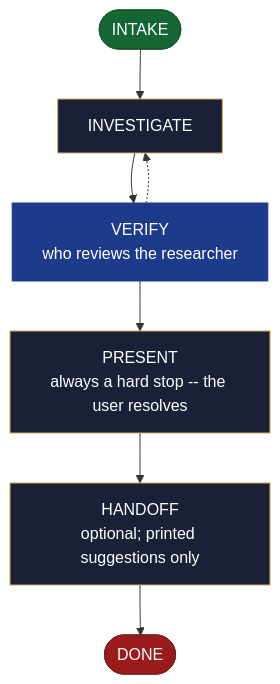
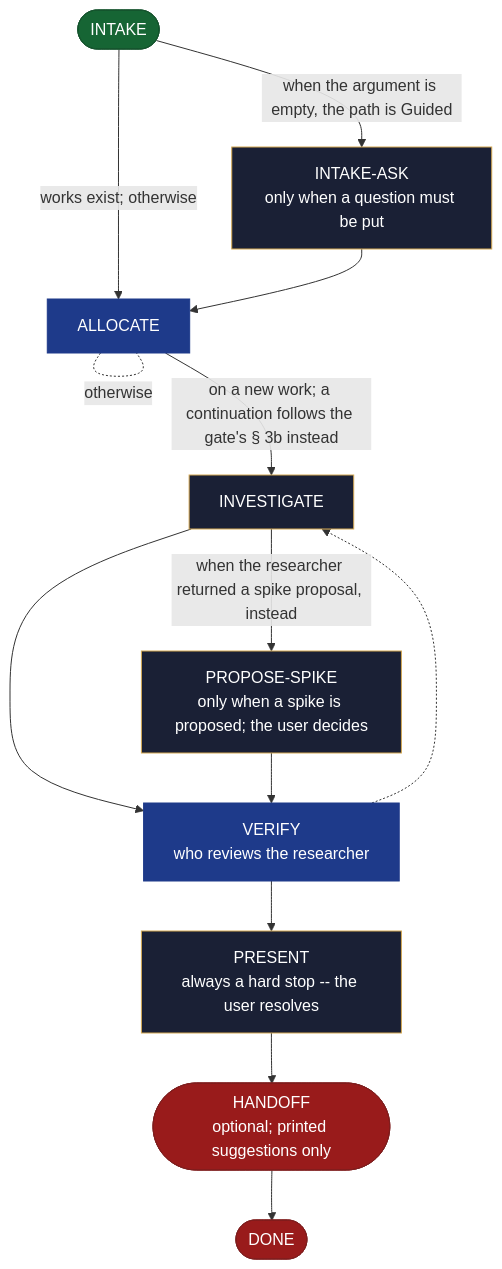
Before and after one commit to AndreVianna/aid-methodology: the diagram in site/src/content/docs/skills/aid-research.md, drawn with Mermaid. The commit also changed other lines of this file and 51 other files, not shown here.

First line of the commit message:
task-044: fix round (starter skills: hand-off ASK then HALT, INTAKE split into check + ask, PROPOSE-SPIKE step, one ASK target per PRESENT; site flow tests follow)

````diff
--- a/site/src/content/docs/skills/aid-research.md
+++ b/site/src/content/docs/skills/aid-research.md
@@ -20,33 +20,48 @@
 ```mermaid
 flowchart TB
   classDef aidNode color:#fff
   classDef aidEntry fill:#166534,stroke:#14532d,color:#fff
   classDef aidExit fill:#991b1b,stroke:#7f1d1d,color:#fff
   classDef aidDecision fill:#92400e,stroke:#78350f,color:#fff
   classDef aidLoopBack fill:#1e3a8a,stroke:#1e3a8a,color:#fff
   classDef aidStep fill:#1a2035,stroke:#d4a853,color:#f1f5f9
   n1(["INTAKE"])
-  n2["INVESTIGATE"]
-  n3["VERIFY<br/>who reviews the researcher"]
-  n4["PRESENT<br/>always a hard stop -- the user resolves"]
-  n5["HANDOFF<br/>optional; printed suggestions only"]
-  n6(["DONE"])
-  n1 --> n2
+  n2["INTAKE-ASK<br/>only when a question must be put"]
+  n3["ALLOCATE"]
+  n4["INVESTIGATE"]
+  n5["PROPOSE-SPIKE<br/>only when a spike is proposed; the user decides"]
+  n6["VERIFY<br/>who reviews the researcher"]
+  n7["PRESENT<br/>always a hard stop -- the user resolves"]
+  n8(["HANDOFF<br/>optional; printed suggestions only"])
+  n9(["DONE"])
+  n1 -->|"when the argument is empty, the path is Guided"| n2
+  n1 -->|"works exist; otherwise"| n3
   n2 --> n3
-  n3 -.-> n2
-  n3 --> n4
-  n4 --> n5
+  n3 -. "otherwise" .- n3
+  n3 -->|"on a new work; a continuation follows the gate's § 3b instead"| n4
+  n4 -->|"when the researcher returned a spike proposal, instead"| n5
+  n4 --> n6
   n5 --> n6
+  n6 -.-> n4
+  n6 --> n7
+  n7 --> n8
+  n8 --> n9
   class n1 aidEntry
   class n2 aidStep
   class n3 aidLoopBack
   class n4 aidStep
   class n5 aidStep
-  class n6 aidExit
+  class n6 aidLoopBack
+  class n7 aidStep
+  class n8 aidExit
+  class n9 aidExit
   class n1 aidNode
   class n2 aidNode
   class n3 aidNode
   class n4 aidNode
   class n5 aidNode
   class n6 aidNode
+  class n7 aidNode
+  class n8 aidNode
+  class n9 aidNode
 ```
````
